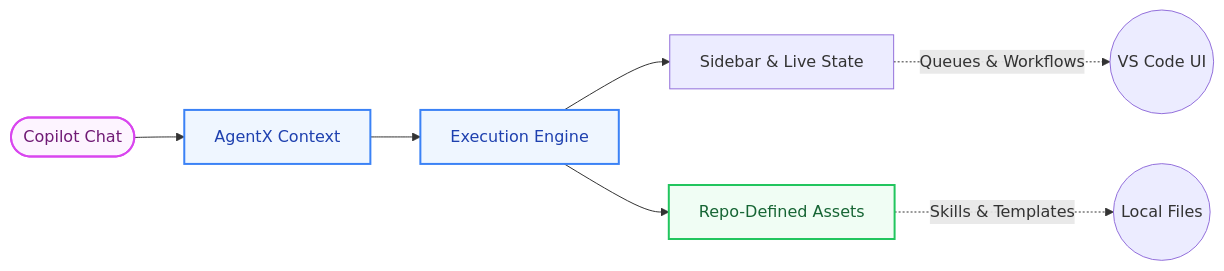
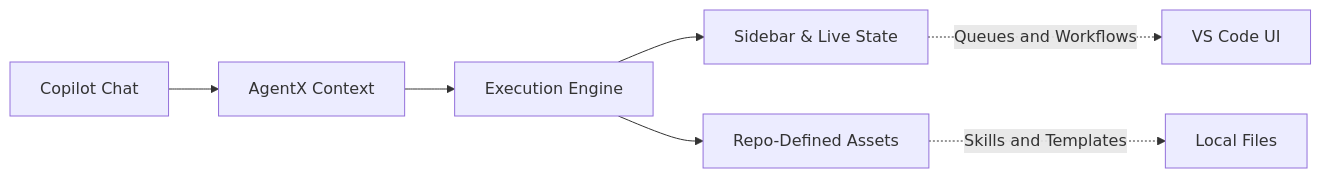
The first of 2 diagrams in vscode-extension/README.md (premaarya/AgentX-Test), drawn with Mermaid before and after one commit. The commit also changed other lines of this file and 1 other file, not shown here.

Commit message:
docs: fix broken README diagrams [skip-issue]

````diff
--- a/vscode-extension/README.md
+++ b/vscode-extension/README.md
@@ -35,14 +35,10 @@
 ```mermaid
 flowchart LR
-    classDef chat fill:#fdf4ff,stroke:#d946ef,stroke-width:2px,color:#701a75
-    classDef core fill:#eff6ff,stroke:#3b82f6,stroke-width:2px,color:#1e40af
-    classDef repo fill:#f0fdf4,stroke:#22c55e,stroke-width:2px,color:#166534
+    Chat[Copilot Chat] --> Context[AgentX Context] --> Engine[Execution Engine]
 
-    Chat([Copilot Chat]):::chat --> Context[AgentX Context]:::core --> Engine[Execution Engine]:::core
-    
     Engine --> View[Sidebar & Live State]
-    Engine --> File[Repo-Defined Assets]:::repo
-    
-    View -.->|Queues & Workflows| UI((VS Code UI))
-    File -.->|Skills & Templates| Workspace((Local Files))
+    Engine --> File[Repo-Defined Assets]
+
+    View -.->|Queues and Workflows| UI[VS Code UI]
+    File -.->|Skills and Templates| Workspace[Local Files]
 ```
````
